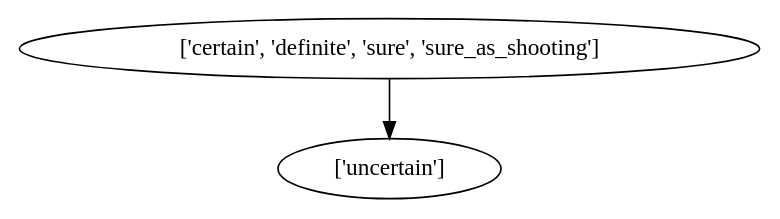
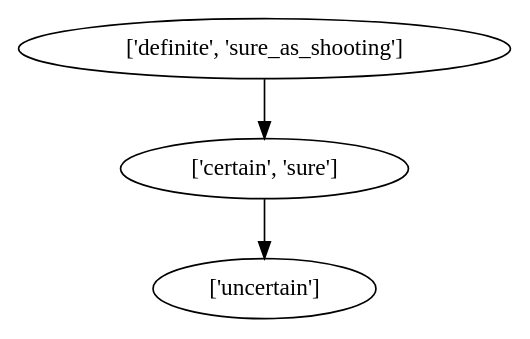
One commit to bleonar5/mechanical_turk changed the diagram in graphs_with_eqs/dots/certainty.dot. Above: the diagram before and after it, drawn with Graphviz. The commit also changed 99 other files, not shown here.

```diff
--- a/graphs_with_eqs/dots/certainty.dot
+++ b/graphs_with_eqs/dots/certainty.dot
@@ -1,3 +1,4 @@
 strict digraph  {
-	"['certain', 'definite', 'sure', 'sure_as_shooting']" -> "['uncertain']";
+	"['certain', 'sure']" -> "['uncertain']";
+	"['definite', 'sure_as_shooting']" -> "['certain', 'sure']";
 }
```
